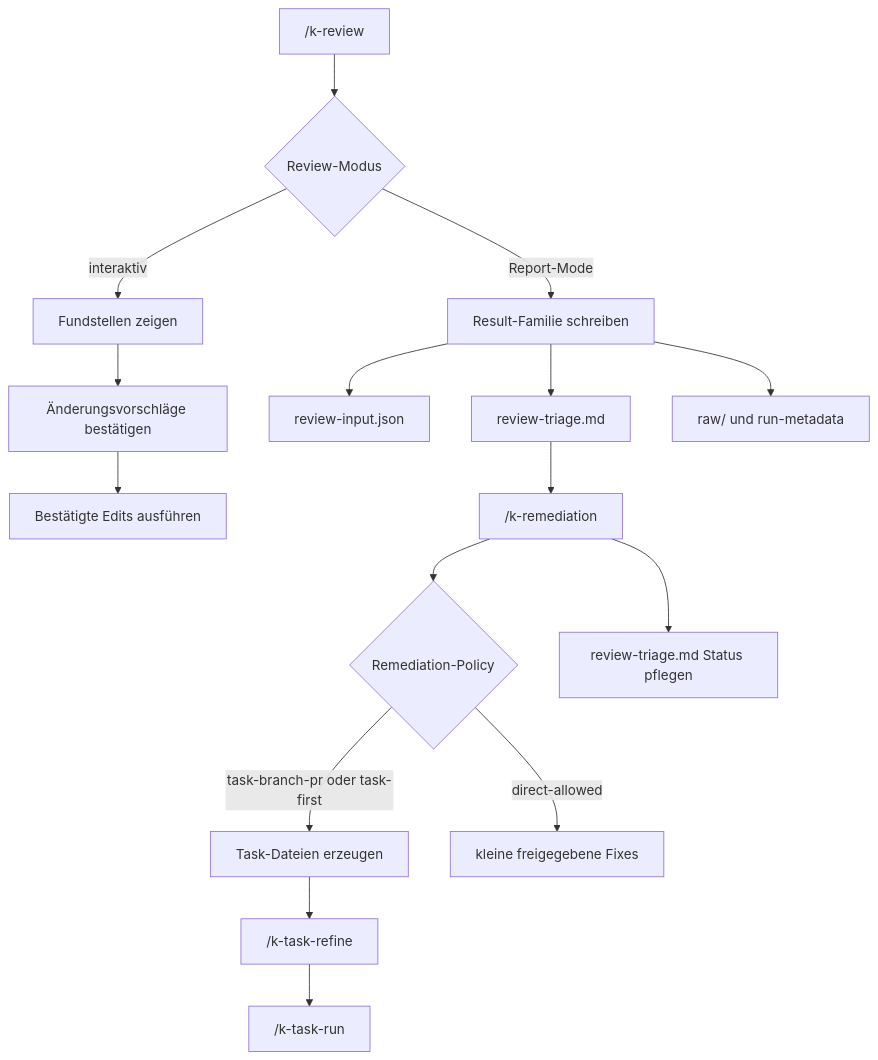
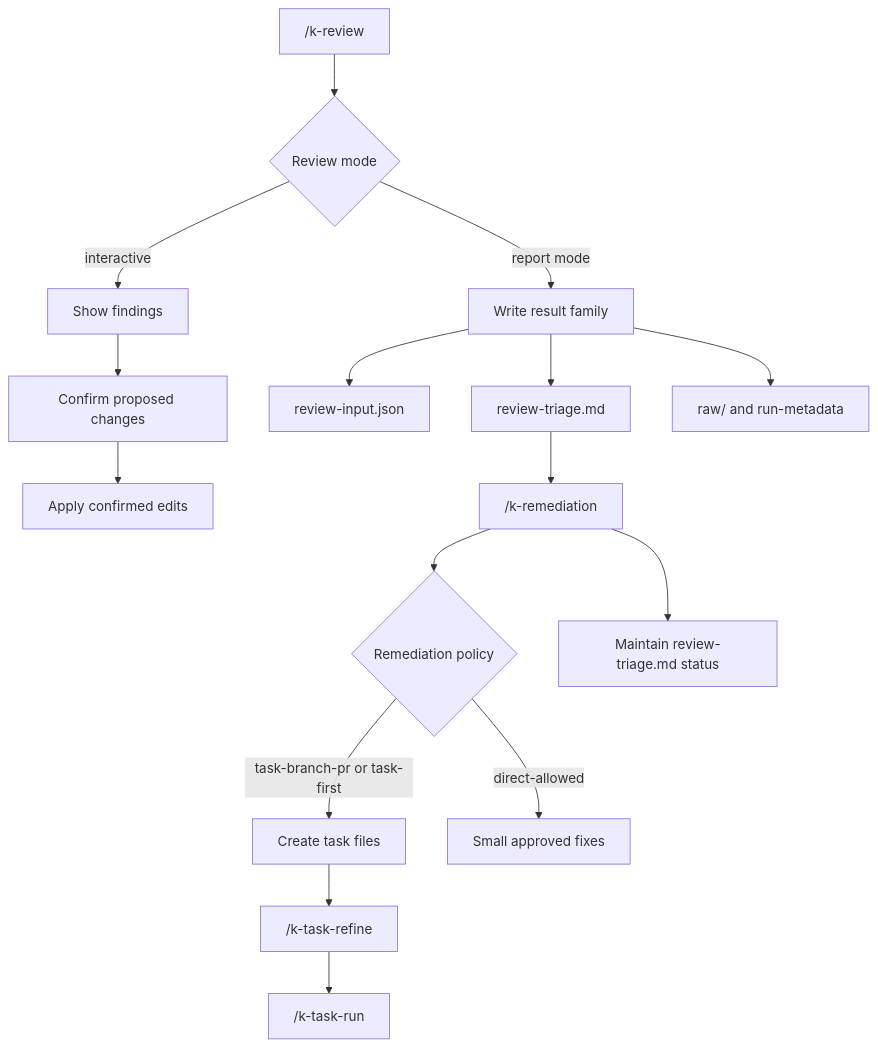
One commit to kascada/k-playbook changed the diagram in docs/code-review.md. Above: the diagram before and after it, drawn with Mermaid. The commit also changed other lines of this file and 66 other files, not shown here.

````diff
--- a/docs/code-review.md
+++ b/docs/code-review.md
@@ -7,18 +7,18 @@
 ```mermaid
 flowchart TD
-    A["/k-review <name>"] --> B{"Review-Modus"}
-    B -->|interaktiv| C["Fundstellen zeigen"]
-    C --> D["Änderungsvorschläge bestätigen"]
-    D --> E["Bestätigte Edits ausführen"]
-    B -->|Report-Mode| F["Result-Familie schreiben"]
+    A["/k-review <name>"] --> B{"Review mode"}
+    B -->|interactive| C["Show findings"]
+    C --> D["Confirm proposed changes"]
+    D --> E["Apply confirmed edits"]
+    B -->|report mode| F["Write result family"]
     F --> G["review-input.json"]
     F --> H["review-triage.md"]
-    F --> I["raw/ und run-metadata"]
+    F --> I["raw/ and run-metadata"]
     H --> L["/k-remediation <review-triage>"]
-    L --> M{"Remediation-Policy"}
-    M -->|task-branch-pr oder task-first| N["Task-Dateien erzeugen"]
+    L --> M{"Remediation policy"}
+    M -->|task-branch-pr or task-first| N["Create task files"]
     N --> O["/k-task-refine"]
     O --> P["/k-task-run"]
-    M -->|direct-allowed| Q["kleine freigegebene Fixes"]
-    L --> R["review-triage.md Status pflegen"]
+    M -->|direct-allowed| Q["Small approved fixes"]
+    L --> R["Maintain review-triage.md status"]
 ```
````
